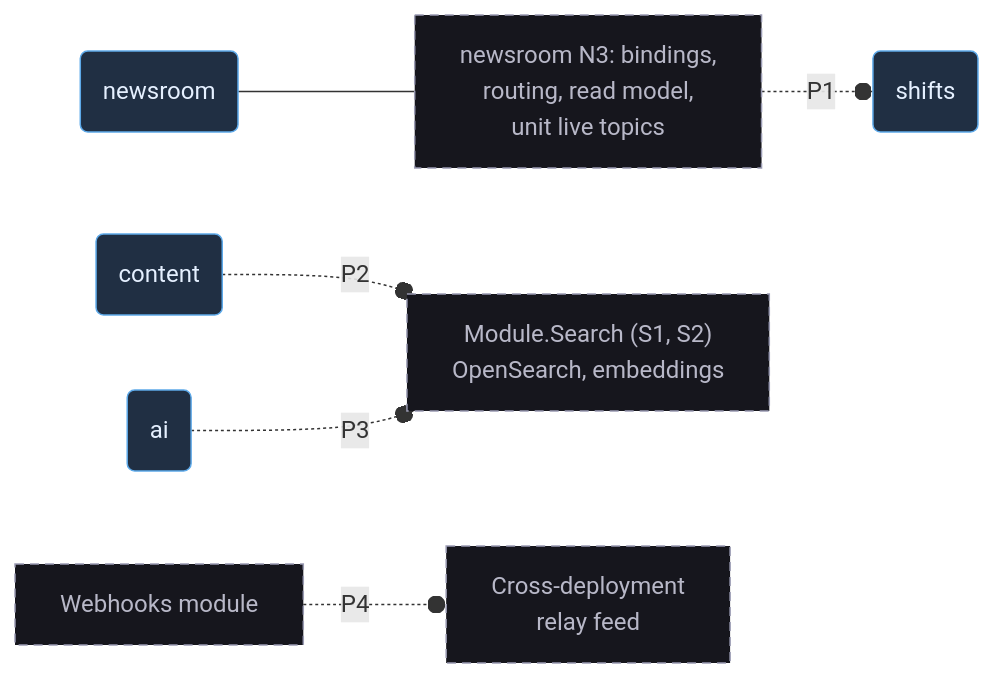
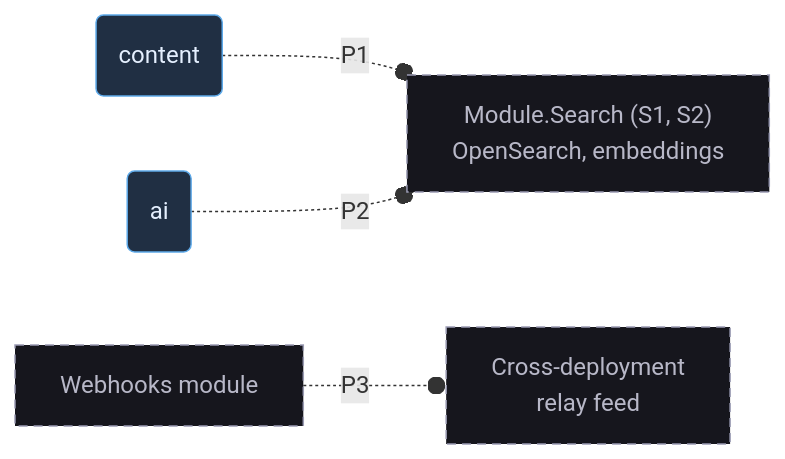
Before and after one commit to soft-square-net/ModularBlazor.Platform: the sixth of 6 diagrams in docs/astro-modular-blazor-docs/curved-chasm/src/content/docs/architecture/context-dataflow.md, drawn with Mermaid. The commit also changed other lines of this file and 5 other files, not shown here.

First line of the commit message:
Bring the architecture pages up to NewsRoom N3 and Elsa E2

````diff
--- a/docs/astro-modular-blazor-docs/curved-chasm/src/content/docs/architecture/context-dataflow.md
+++ b/docs/astro-modular-blazor-docs/curved-chasm/src/content/docs/architecture/context-dataflow.md
@@ -323,18 +328,13 @@
 ```mermaid
 flowchart LR
-  NR("newsroom"):::custom
-  SH("shifts"):::custom
   CO("content"):::custom
   AI("ai"):::custom
-  Bind["newsroom N3: bindings,<br/>routing, read model,<br/>unit live topics"]:::planned
   Search["Module.Search (S1, S2)<br/>OpenSearch, embeddings"]:::planned
   Hooks["Webhooks module"]:::planned
   Relay["Cross-deployment<br/>relay feed"]:::planned
-  NR --- Bind
-  Bind -.-o|P1| SH
-  CO -.-o|P2| Search
-  AI -.-o|P3| Search
-  Hooks -.-o|P4| Relay
+  CO -.-o|P1| Search
+  AI -.-o|P2| Search
+  Hooks -.-o|P3| Relay
   classDef custom fill:#202f43,stroke:#5da9e9,color:#e5f0ff
   classDef planned fill:#16161d,stroke:#9a9bb3,stroke-dasharray:6 4,color:#b8b8c8
 ```
````
